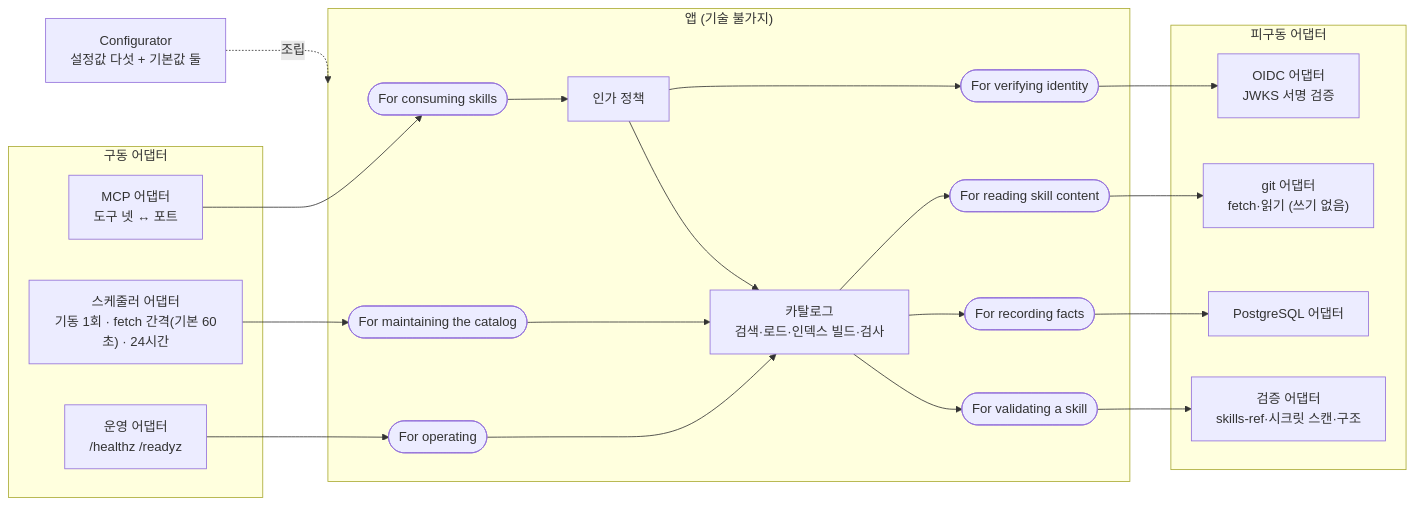
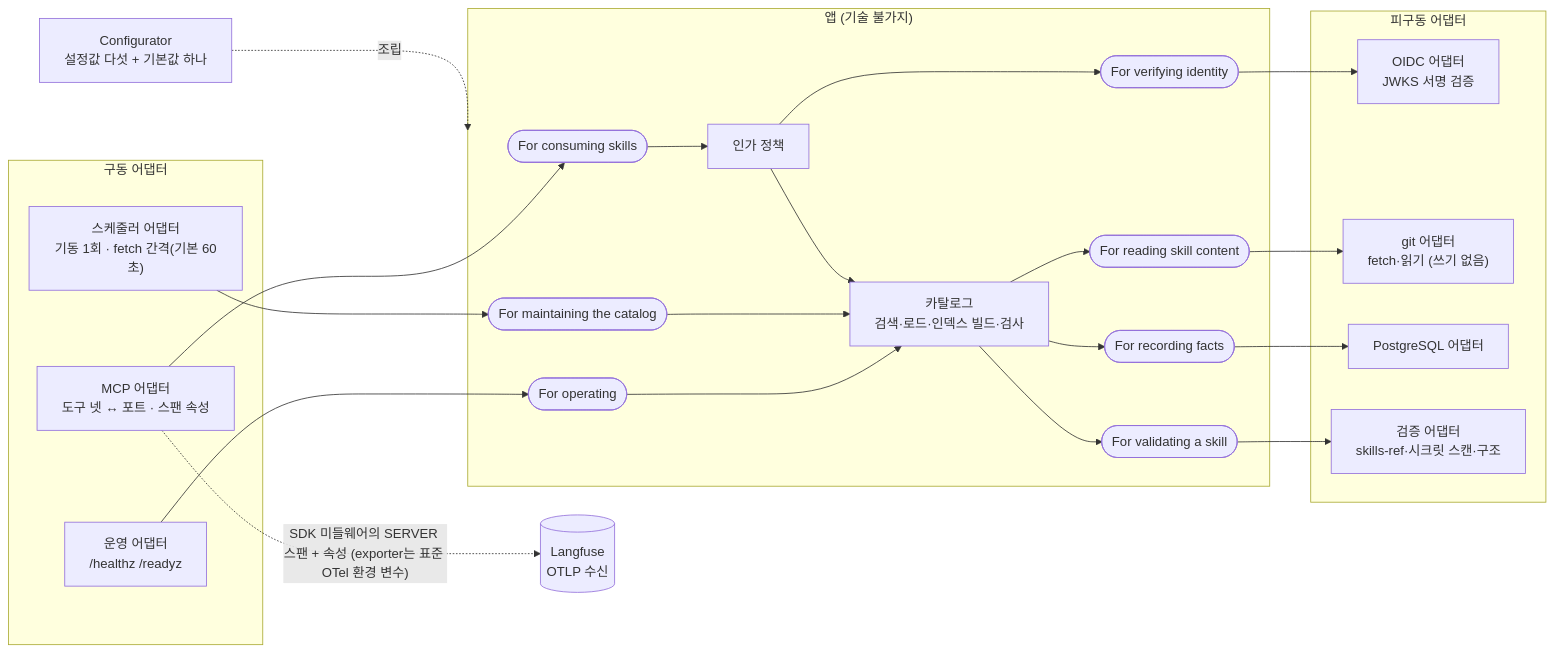
One commit to alteralab/harness-catalog changed the second of 4 diagrams in DESIGN.md. Above: the diagram before and after it, drawn with Mermaid. The commit also changed other lines of this file and 5 other files, not shown here.

````diff
--- a/DESIGN.md
+++ b/DESIGN.md
@@ -85,42 +86,44 @@
 ```mermaid
 flowchart LR
     subgraph DRIVING["구동 어댑터"]
-        MCPA["MCP 어댑터<br/>도구 넷 ↔ 포트"]
+        MCPA["MCP 어댑터<br/>도구 넷 ↔ 포트 · 스팬 속성"]
         OPSA["운영 어댑터<br/>/healthz /readyz"]
-        SCHED["스케줄러 어댑터<br/>기동 1회 · fetch 간격(기본 60초) · 24시간"]
+        SCHED["스케줄러 어댑터<br/>기동 1회 · fetch 간격(기본 60초)"]
     end
     subgraph APP["앱 (기술 불가지)"]
         P1(["For consuming skills"])
         P3(["For operating"])
         P8(["For maintaining the catalog"])
         AUTHZ["인가 정책"]
         CATALOG["카탈로그<br/>검색·로드·인덱스 빌드·검사"]
         P4(["For verifying identity"])
         P5(["For reading skill content"])
         P6(["For recording facts"])
         P7(["For validating a skill"])
     end
     subgraph DRIVEN["피구동 어댑터"]
         OIDCA["OIDC 어댑터<br/>JWKS 서명 검증"]
         GITA["git 어댑터<br/>fetch·읽기 (쓰기 없음)"]
         PGA["PostgreSQL 어댑터"]
         VALA["검증 어댑터<br/>skills-ref·시크릿 스캔·구조"]
     end
-    CONF["Configurator<br/>설정값 다섯 + 기본값 둘"]
+    CONF["Configurator<br/>설정값 다섯 + 기본값 하나"]
+    OTLP[("Langfuse<br/>OTLP 수신")]
     MCPA --> P1
     OPSA --> P3
     SCHED --> P8
     P3 --> CATALOG
     P8 --> CATALOG
     P1 --> AUTHZ
     AUTHZ --> CATALOG
     AUTHZ --> P4
     CATALOG --> P5
     CATALOG --> P6
     CATALOG --> P7
     P4 --> OIDCA
     P5 --> GITA
     P6 --> PGA
     P7 --> VALA
     CONF -. "조립" .-> APP
+    MCPA -. "SDK 미들웨어의 SERVER 스팬 + 속성 (exporter는 표준 OTel 환경 변수)" .-> OTLP
 ```
````
